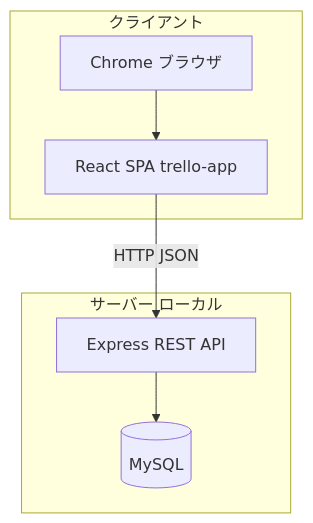
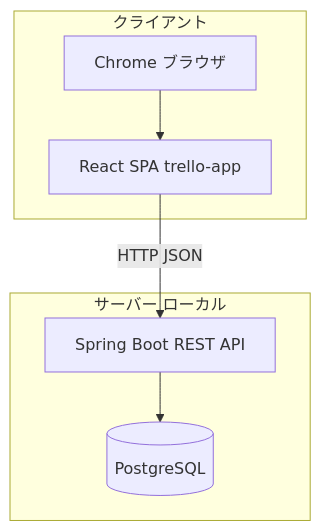
Before and after one commit to Yusuke2000-hub/cursorAI-projects: the sixth of 6 diagrams in requirements.md, drawn with Mermaid. The commit also changed other lines of this file and 5 other files, not shown here.

````diff
--- a/requirements.md
+++ b/requirements.md
@@ -417,14 +418,14 @@
 ```mermaid
 flowchart TB
     subgraph client [クライアント]
         Browser[Chrome ブラウザ]
         SPA[React SPA trello-app]
     end
     subgraph server [サーバー ローカル]
-        API[Express REST API]
-        DB[(MySQL)]
+        API[Spring Boot REST API]
+        DB[(PostgreSQL)]
     end
     Browser --> SPA
     SPA -->|HTTP JSON| API
     API --> DB
 ```
````
